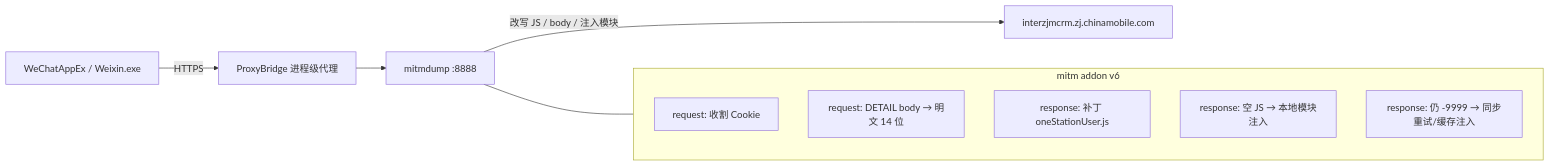
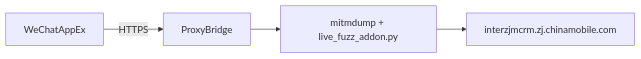
Before and after one commit to fjh1997/cat: the second of 6 diagrams in content/posts/PC微信小程序浙江移动宽带订单详情白屏排查：AES作用域、订单号长度14与SeaJS空模块.md, drawn with Mermaid. The commit also changed other lines of this file, not shown here.

````diff
--- a/content/posts/PC微信小程序浙江移动宽带订单详情白屏排查：AES作用域、订单号长度14与SeaJS空模块.md
+++ b/content/posts/PC微信小程序浙江移动宽带订单详情白屏排查：AES作用域、订单号长度14与SeaJS空模块.md
@@ -71,16 +72,6 @@
 ```mermaid
 flowchart LR
-  WX[WeChatAppEx / Weixin.exe] -->|HTTPS| PB[ProxyBridge 进程级代理]
-  PB --> MITM[mitmdump :8888]
-  MITM -->|改写 JS / body / 注入模块| S[interzjmcrm.zj.chinamobile.com]
-
-  subgraph Addon["mitm addon v6"]
-    R1[request: 收割 Cookie]
-    R2[request: DETAIL body → 明文 14 位]
-    R3[response: 补丁 oneStationUser.js]
-    R4[response: 空 JS → 本地模块注入]
-    R5[response: 仍 -9999 → 同步重试/缓存注入]
-  end
-
-  MITM --- Addon
+  WX[WeChatAppEx] -->|HTTPS| PB[ProxyBridge]
+  PB --> MITM[mitmdump + live_fuzz_addon.py]
+  MITM --> S[interzjmcrm.zj.chinamobile.com]
 ```
````
